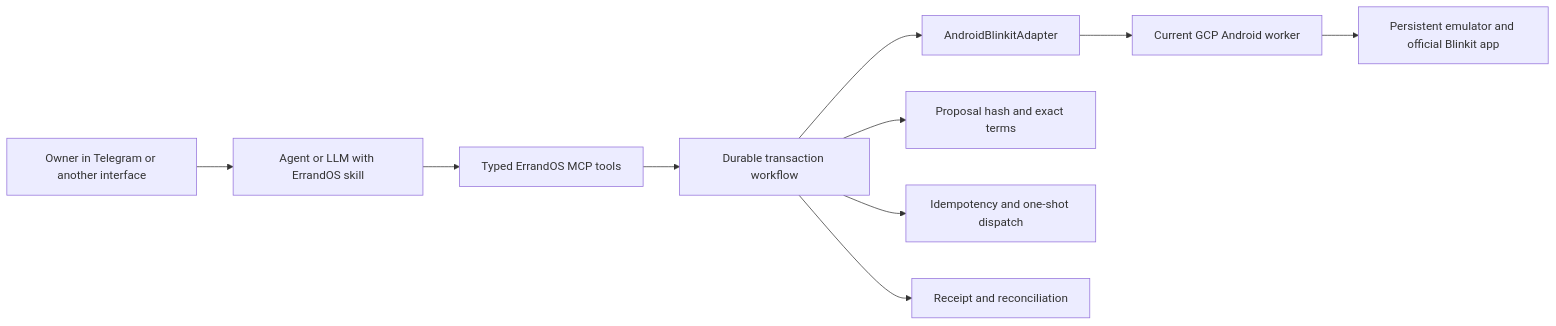
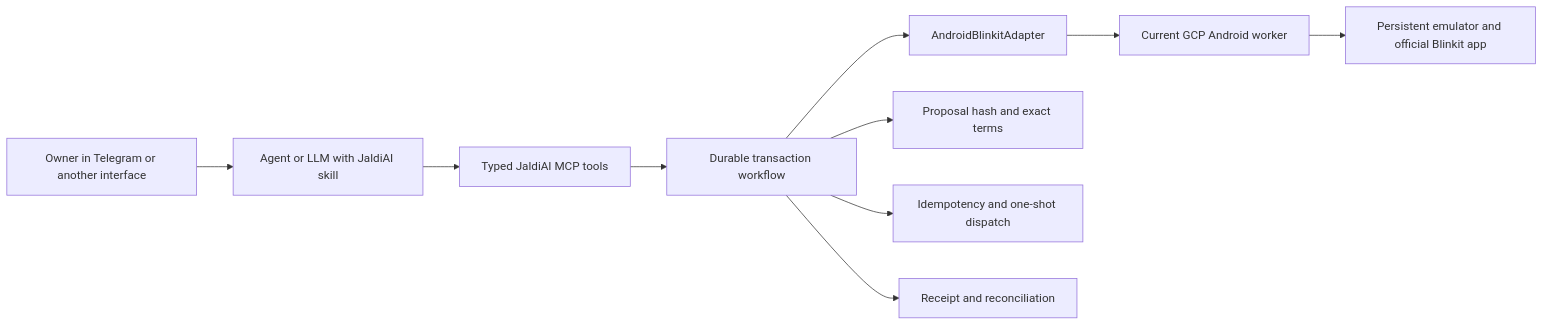
One commit to nikhilachale/errandos-buildathon changed the first of 2 diagrams in hosted/docs/superpowers/specs/2026-07-18-blinkit-android-agent-workflow-skill-design.md. Above: the diagram before and after it, drawn with Mermaid. The commit also changed other lines of this file and 45 other files, not shown here.

````diff
--- a/hosted/docs/superpowers/specs/2026-07-18-blinkit-android-agent-workflow-skill-design.md
+++ b/hosted/docs/superpowers/specs/2026-07-18-blinkit-android-agent-workflow-skill-design.md
@@ -18,12 +18,12 @@
 ```mermaid
 flowchart LR
-    U["Owner in Telegram or another interface"] --> L["Agent or LLM with ErrandOS skill"]
-    L --> M["Typed ErrandOS MCP tools"]
+    U["Owner in Telegram or another interface"] --> L["Agent or LLM with JaldiAI skill"]
+    L --> M["Typed JaldiAI MCP tools"]
     M --> T["Durable transaction workflow"]
     T --> A["AndroidBlinkitAdapter"]
     A --> W["Current GCP Android worker"]
     W --> E["Persistent emulator and official Blinkit app"]
     T --> P["Proposal hash and exact terms"]
     T --> I["Idempotency and one-shot dispatch"]
     T --> R["Receipt and reconciliation"]
 ```
````
